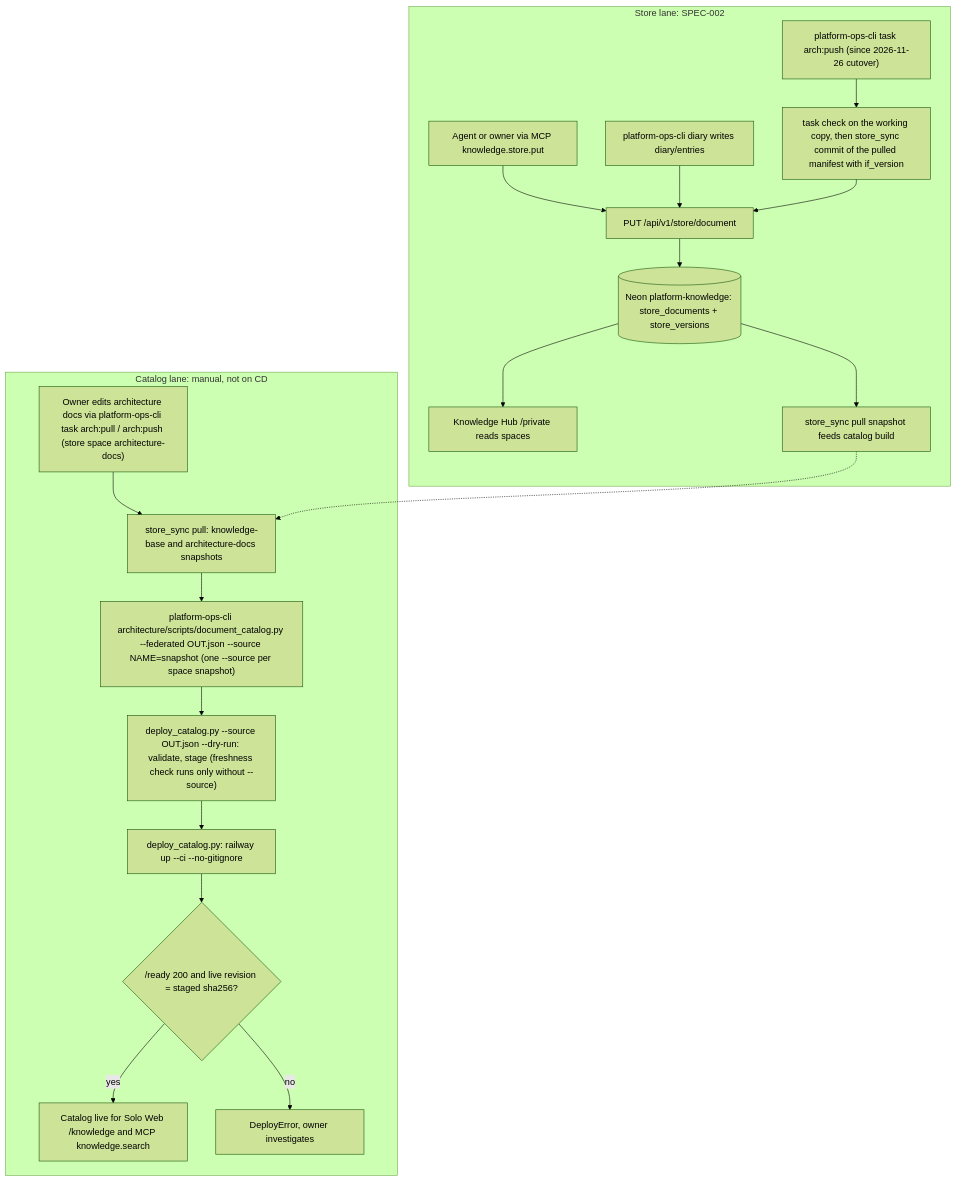
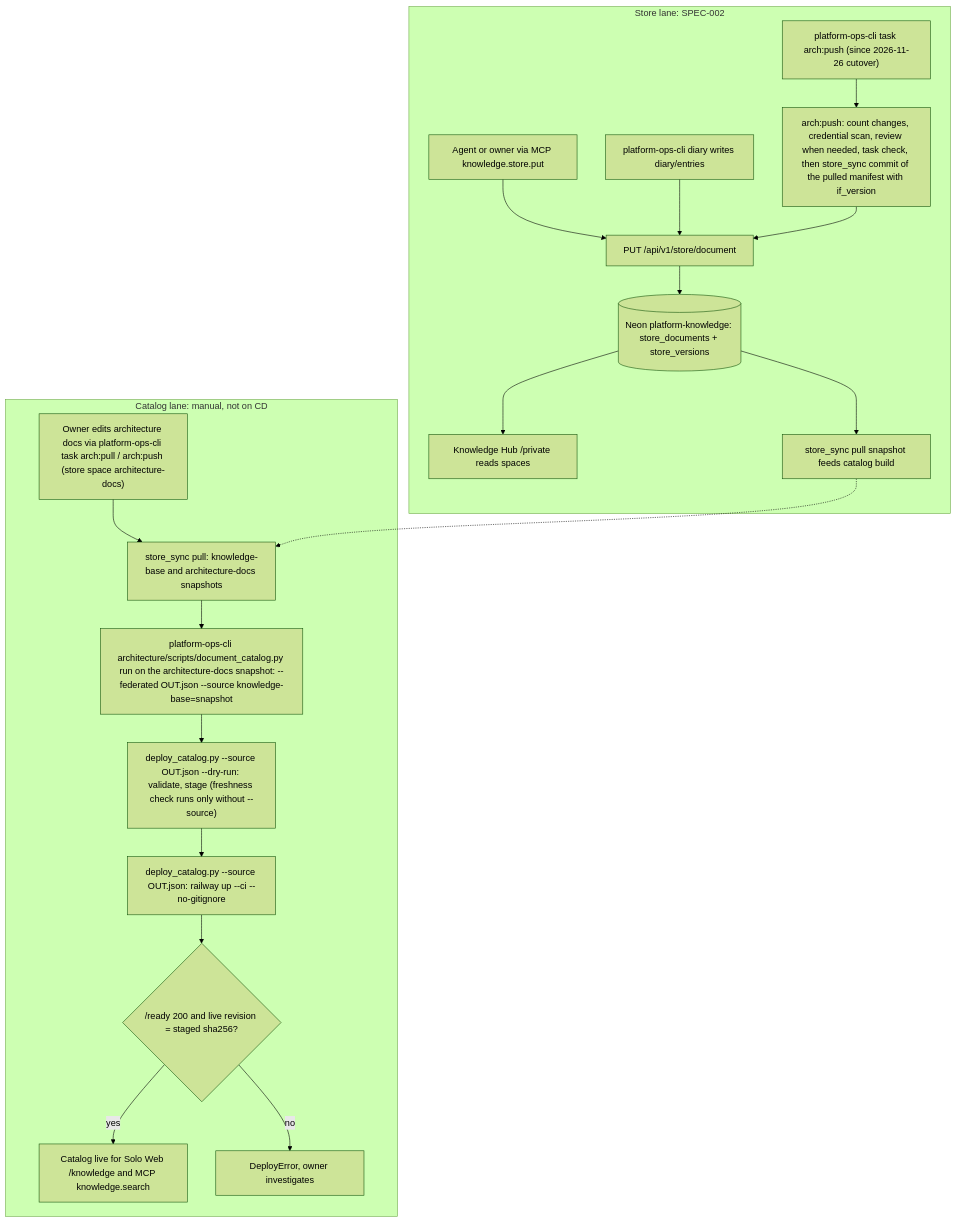
One commit to bookchaowalit/platform-knowledge-api changed the first of 2 diagrams in docs/diagrams/01-business-process.md. Above: the diagram before and after it, drawn with Mermaid (forest theme).

Commit message:
docs(diagrams): catalog built from the architecture-docs snapshot; arch:push checks

````diff
--- a/docs/diagrams/01-business-process.md
+++ b/docs/diagrams/01-business-process.md
@@ -9,22 +9,22 @@
 ```mermaid
 flowchart TD
   subgraph CATALOG["Catalog lane: manual, not on CD"]
     A1["Owner edits architecture docs via platform-ops-cli task arch:pull / arch:push (store space architecture-docs)"] --> A2["store_sync pull: knowledge-base and architecture-docs snapshots"]
-    A2 --> A3["platform-ops-cli architecture/scripts/document_catalog.py --federated OUT.json --source NAME=snapshot (one --source per space snapshot)"]
+    A2 --> A3["platform-ops-cli architecture/scripts/document_catalog.py run on the architecture-docs snapshot: --federated OUT.json --source knowledge-base=snapshot"]
     A3 --> A4["deploy_catalog.py --source OUT.json --dry-run: validate, stage (freshness check runs only without --source)"]
-    A4 --> A5["deploy_catalog.py: railway up --ci --no-gitignore"]
+    A4 --> A5["deploy_catalog.py --source OUT.json: railway up --ci --no-gitignore"]
     A5 --> A6{"/ready 200 and live revision = staged sha256?"}
     A6 -->|"yes"| A7["Catalog live for Solo Web /knowledge and MCP knowledge.search"]
     A6 -->|"no"| A8["DeployError, owner investigates"]
   end
   subgraph STORE["Store lane: SPEC-002"]
     B1["Agent or owner via MCP knowledge.store.put"] --> B3["PUT /api/v1/store/document"]
     B2["platform-ops-cli diary writes diary/entries"] --> B3
-    B4["platform-ops-cli task arch:push (since 2026-11-26 cutover)"] --> B5["task check on the working copy, then store_sync commit of the pulled manifest with if_version"]
+    B4["platform-ops-cli task arch:push (since 2026-11-26 cutover)"] --> B5["arch:push: count changes, credential scan, review when needed, task check, then store_sync commit of the pulled manifest with if_version"]
     B5 --> B3
     B3 --> B6[("Neon platform-knowledge: store_documents + store_versions")]
     B6 --> B7["Knowledge Hub /private reads spaces"]
     B6 --> B8["store_sync pull snapshot feeds catalog build"]
   end
   B8 -.-> A2
 ```
````
